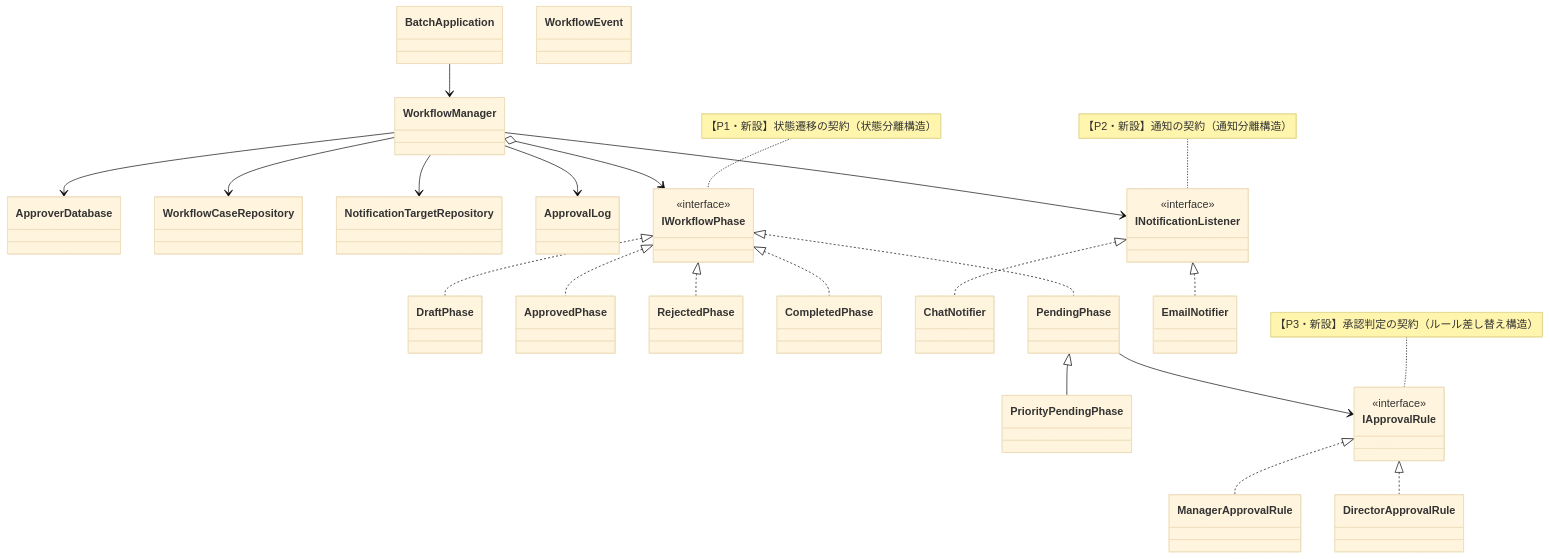
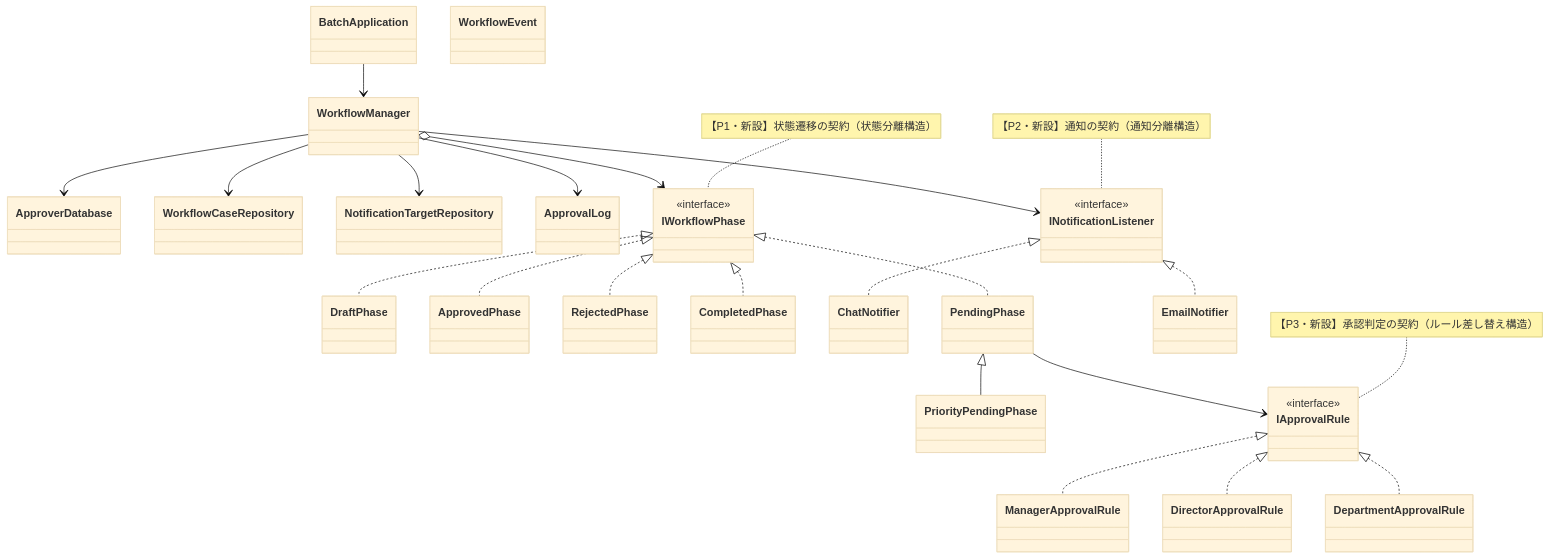
Before and after one commit to kumachan1101-pixel/DesignPattern: diagram 12 of 17 in kindle/design-patterns/output/chapter12.md, drawn with Mermaid (base theme). The commit also changed other lines of this file and 1 other file, not shown here.

Commit message:
CONS ch12: 役職整合(課長/部長)・状態保存の値変更をP1として宣言/図修正・DepartmentApprovalRuleをStrategyで実装し行9で差し替え実証／review-tasksへCONS対応記録

````diff
--- a/kindle/design-patterns/output/chapter12.md
+++ b/kindle/design-patterns/output/chapter12.md
@@ -2145,48 +2194,50 @@
 ```mermaid
 classDiagram
     class DraftPhase
     class ApprovedPhase
     class RejectedPhase
     class CompletedPhase
     class DirectorApprovalRule
+    class DepartmentApprovalRule
     class ApproverDatabase
     class WorkflowCaseRepository
     class NotificationTargetRepository
     class ChatNotifier
     class ApprovalLog
     class BatchApplication
     class WorkflowEvent
     class WorkflowManager
     class IWorkflowPhase { <<interface>> }
     class PendingPhase
     class PriorityPendingPhase
     class IApprovalRule { <<interface>> }
     class ManagerApprovalRule
     class INotificationListener { <<interface>> }
     class EmailNotifier
     WorkflowManager o--> IWorkflowPhase
     IWorkflowPhase <|.. PendingPhase
     PendingPhase <|-- PriorityPendingPhase
     PendingPhase --> IApprovalRule
     IApprovalRule <|.. ManagerApprovalRule
     WorkflowManager --> INotificationListener
     INotificationListener <|.. EmailNotifier
     IWorkflowPhase <|.. DraftPhase
     IWorkflowPhase <|.. ApprovedPhase
     IWorkflowPhase <|.. RejectedPhase
     IWorkflowPhase <|.. CompletedPhase
     IApprovalRule <|.. DirectorApprovalRule
+    IApprovalRule <|.. DepartmentApprovalRule
     WorkflowManager --> ApproverDatabase
     WorkflowManager --> WorkflowCaseRepository
     WorkflowManager --> NotificationTargetRepository
     INotificationListener <|.. ChatNotifier
     WorkflowManager --> ApprovalLog
     BatchApplication --> WorkflowManager
 
     note for IWorkflowPhase "【P1・新設】状態遷移の契約（状態分離構造）"
     note for INotificationListener "【P2・新設】通知の契約（通知分離構造）"
     note for IApprovalRule "【P3・新設】承認判定の契約（ルール差し替え構造）"
 
     classDef focus fill:#FFF2CC,stroke:#D6B656,stroke-width:2px,color:#222222
     cssClass "IWorkflowPhase,DraftPhase,PendingPhase,INotificationListener,EmailNotifier,IApprovalRule,ManagerApprovalRule" focus
 ```
````
